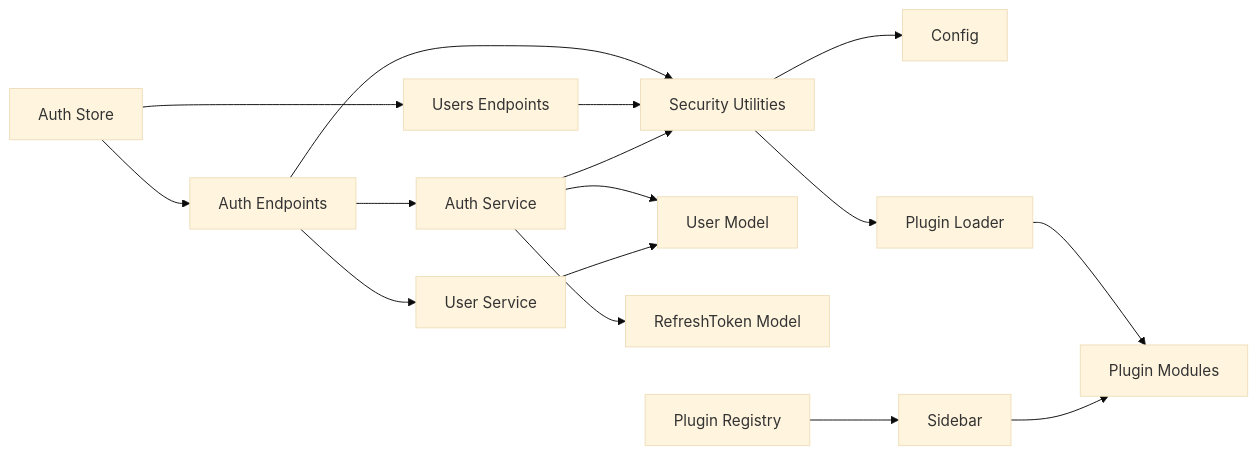
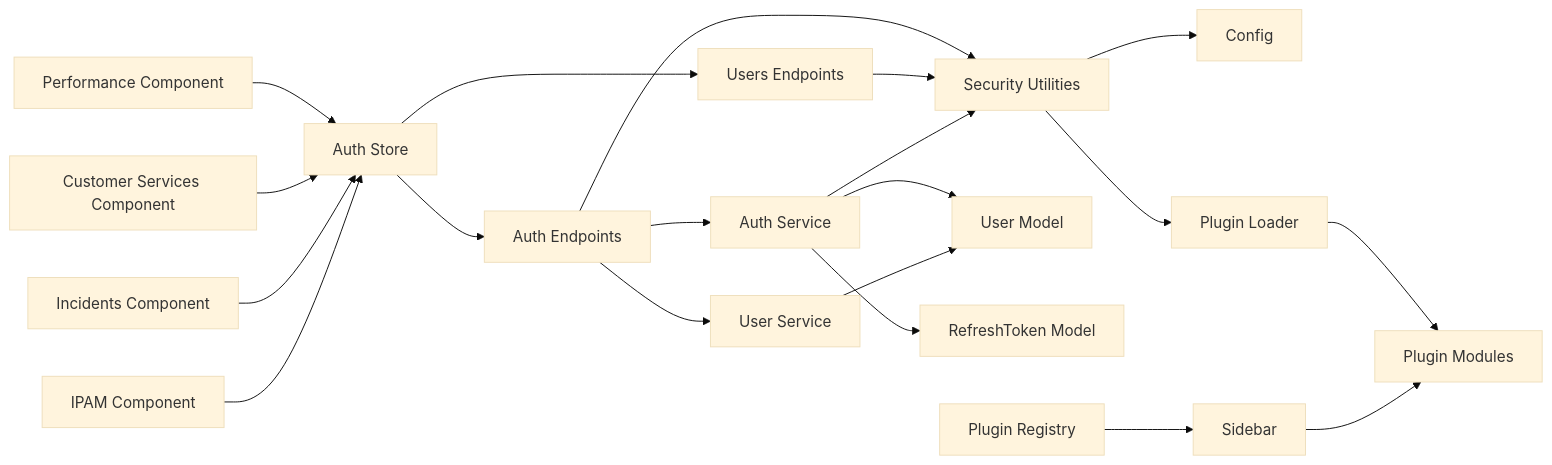
Before and after one commit to Nikita5543/New-SSO-02: the tenth of 10 diagrams in .qoder/repowiki/en/content/Authentication & Authorization System/Authentication & Authorization System.md, drawn with Mermaid (base theme). The commit also changed other lines of this file and 7 other files, not shown here.

Commit message:
Add Create Service functionality to Customer Services plugin

````diff
--- a/.qoder/repowiki/en/content/Authentication & Authorization System/Authentication & Authorization System.md
+++ b/.qoder/repowiki/en/content/Authentication & Authorization System/Authentication & Authorization System.md
@@ -480,18 +541,22 @@
 ```mermaid
 graph LR
 AUTH_EP["Auth Endpoints"] --> AUTH_SVC["Auth Service"]
 AUTH_EP --> USER_SVC["User Service"]
 AUTH_EP --> SEC_UTIL["Security Utilities"]
 USERS_EP["Users Endpoints"] --> SEC_UTIL
 AUTH_SVC --> SEC_UTIL
 AUTH_SVC --> USER_M["User Model"]
 AUTH_SVC --> RT_M["RefreshToken Model"]
 USER_SVC --> USER_M
 SEC_UTIL --> CFG["Config"]
 SEC_UTIL --> PLUGIN_LOADER["Plugin Loader"]
 PLUGIN_LOADER --> PLUGINS["Plugin Modules"]
 FE_STORE["Auth Store"] --> AUTH_EP
 FE_STORE --> USERS_EP
 FE_PLUGIN_REGISTRY["Plugin Registry"] --> FE_SIDEBAR["Sidebar"]
 FE_SIDEBAR --> PLUGINS
+FE_PERFORMANCE["Performance Component"] --> FE_STORE
+FE_CUSTOMER_SERVICES["Customer Services Component"] --> FE_STORE
+FE_INCIDENTS["Incidents Component"] --> FE_STORE
+FE_IPAM["IPAM Component"] --> FE_STORE
 ```
````
